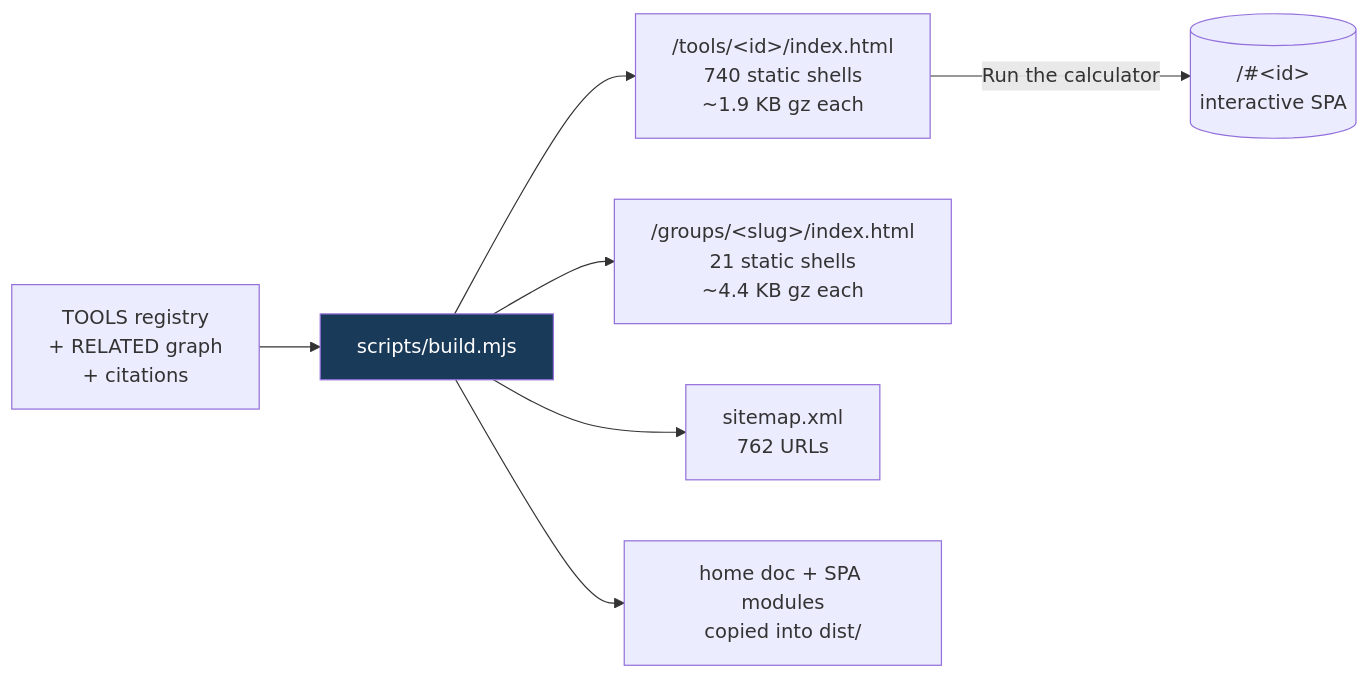
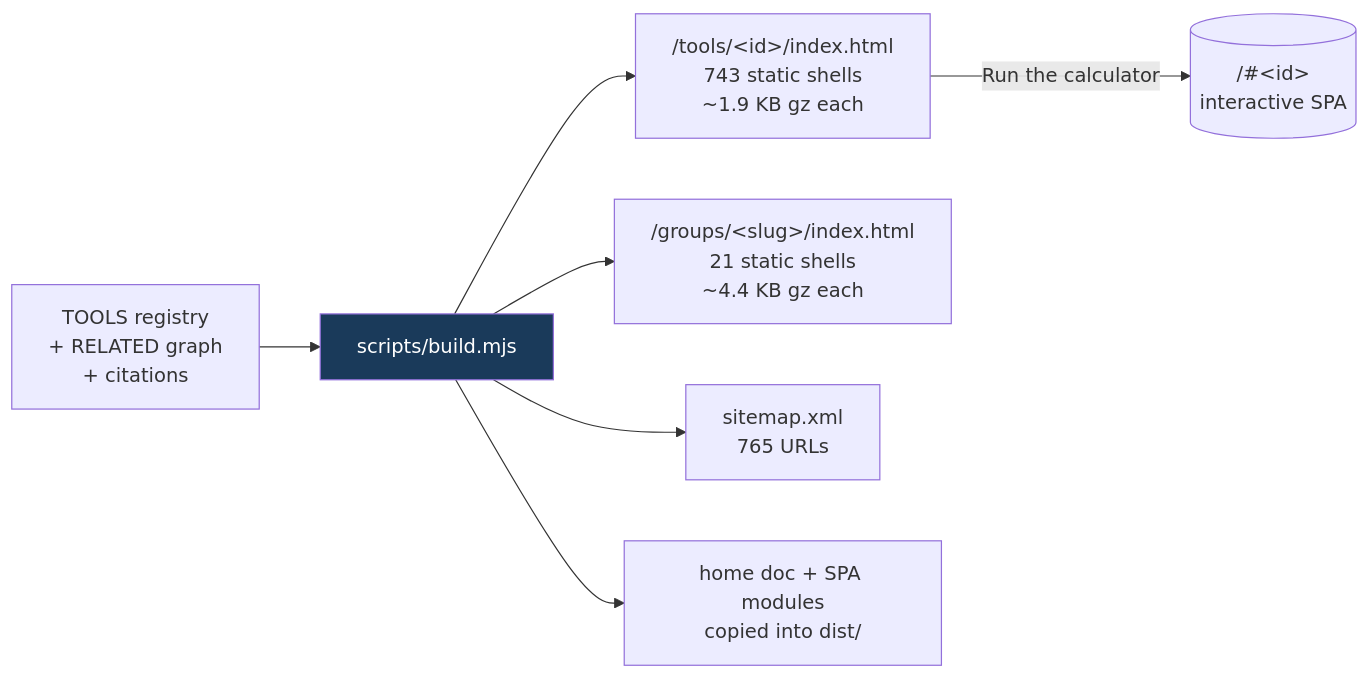
Before and after one commit to clay-good/roughlogic.com: the fifth of 8 diagrams in README.md, drawn with Mermaid. The commit also changed other lines of this file and 23 other files, not shown here.

````diff
--- a/README.md
+++ b/README.md
@@ -495,10 +495,10 @@
 ```mermaid
 flowchart LR
     SRC[TOOLS registry\n+ RELATED graph\n+ citations] --> BUILD[scripts/build.mjs]
-    BUILD --> TILE["/tools/&lt;id&gt;/index.html\n740 static shells\n~1.9 KB gz each"]
+    BUILD --> TILE["/tools/&lt;id&gt;/index.html\n743 static shells\n~1.9 KB gz each"]
     BUILD --> GROUP["/groups/&lt;slug&gt;/index.html\n21 static shells\n~4.4 KB gz each"]
-    BUILD --> MAP["sitemap.xml\n762 URLs"]
+    BUILD --> MAP["sitemap.xml\n765 URLs"]
     BUILD --> COPY[home doc + SPA modules\ncopied into dist/]
     TILE -->|Run the calculator| SPA[("/#&lt;id&gt;\ninteractive SPA")]
     style BUILD fill:#1a3a5a,color:#fff
 ```
````
